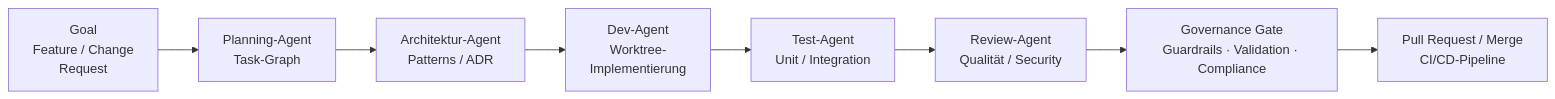
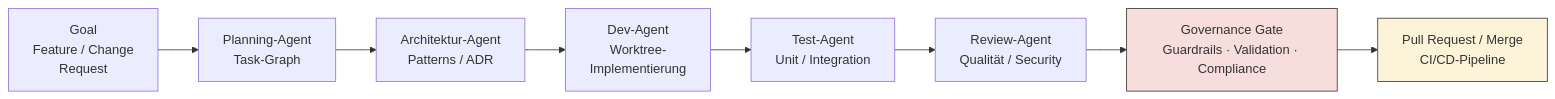
Before and after one commit to mjanda0815/agentic-publikation: the diagram in abbildungen/abb15.mmd, drawn with Mermaid. The commit also changed 62 other files, not shown here.

```diff
--- a/abbildungen/abb15.mmd
+++ b/abbildungen/abb15.mmd
@@ -1,8 +1,12 @@
 flowchart LR
     G["Goal<br/>Feature / Change<br/>Request"] --> P["Planning-Agent<br/>Task-Graph"]
     P --> A["Architektur-Agent<br/>Patterns / ADR"]
     A --> D["Dev-Agent<br/>Worktree-<br/>Implementierung"]
     D --> T["Test-Agent<br/>Unit / Integration"]
     T --> R["Review-Agent<br/>Qualität / Security"]
     R --> GATE["Governance Gate<br/>Guardrails · Validation · Compliance"]
     GATE --> PR["Pull Request / Merge<br/>CI/CD-Pipeline"]
+    classDef gate fill:#f8dddd,stroke:#333333
+    classDef deliv fill:#fdf3d8,stroke:#333333
+    class GATE gate
+    class PR deliv
```
